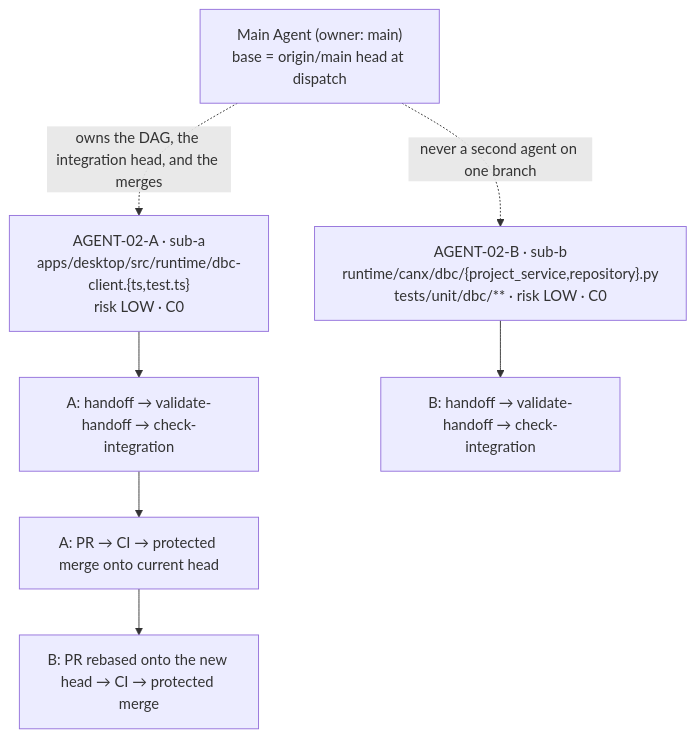
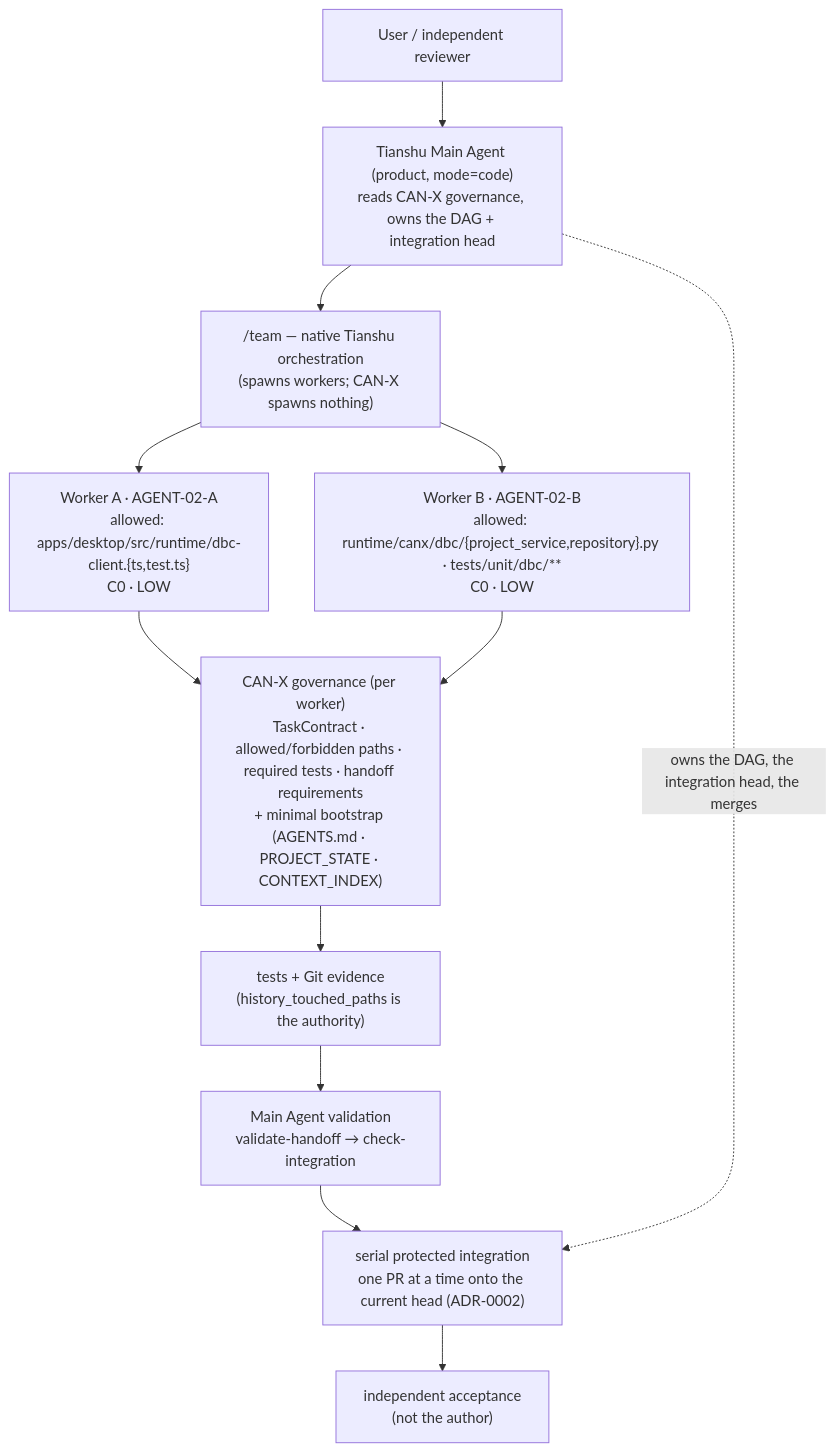
One commit to yjw17694927050-art/CAN-X changed the diagram in docs/engineering/AGENT_02_PILOT_PLAN.md. Above: the diagram before and after it, drawn with Mermaid. The commit also changed other lines of this file and 4 other files, not shown here.

First line of the commit message:
docs(agent): pivot AGENT-02 to native Tianshu harness orchestration

````diff
--- a/docs/engineering/AGENT_02_PILOT_PLAN.md
+++ b/docs/engineering/AGENT_02_PILOT_PLAN.md
@@ -88,12 +109,24 @@
 ```mermaid
 graph TD
-    M["Main Agent (owner: main)<br/>base = origin/main head at dispatch"]
-    A["AGENT-02-A · sub-a<br/>apps/desktop/src/runtime/dbc-client.{ts,test.ts}<br/>risk LOW · C0"]
-    B["AGENT-02-B · sub-b<br/>runtime/canx/dbc/{project_service,repository}.py<br/>tests/unit/dbc/** · risk LOW · C0"]
-    A --> I1["A: handoff → validate-handoff → check-integration"]
-    B --> I2["B: handoff → validate-handoff → check-integration"]
-    I1 --> R1["A: PR → CI → protected merge onto current head"]
-    R1 --> R2["B: PR rebased onto the new head → CI → protected merge"]
-    M -.->|"owns the DAG, the integration head, and the merges"| A
-    M -.->|"never a second agent on one branch"| B
+    U["User / independent reviewer"]
+    M["Tianshu Main Agent (product, mode=code)<br/>reads CAN-X governance, owns the DAG + integration head"]
+    T["/team — native Tianshu orchestration<br/>(spawns workers; CAN-X spawns nothing)"]
+    A["Worker A · AGENT-02-A<br/>allowed: apps/desktop/src/runtime/dbc-client.{ts,test.ts}<br/>C0 · LOW"]
+    B["Worker B · AGENT-02-B<br/>allowed: runtime/canx/dbc/{project_service,repository}.py · tests/unit/dbc/**<br/>C0 · LOW"]
+    G["CAN-X governance (per worker)<br/>TaskContract · allowed/forbidden paths · required tests · handoff requirements<br/>+ minimal bootstrap (AGENTS.md · PROJECT_STATE · CONTEXT_INDEX)"]
+    E["tests + Git evidence<br/>(history_touched_paths is the authority)"]
+    V["Main Agent validation<br/>validate-handoff → check-integration"]
+    I["serial protected integration<br/>one PR at a time onto the current head (ADR-0002)"]
+    R["independent acceptance<br/>(not the author)"]
+
+    U --> M --> T
+    T --> A
+    T --> B
+    A --> G
+    B --> G
+    G --> E
+    E --> V
+    V --> I
+    I --> R
+    M -.->|"owns the DAG, the integration head, the merges"| I
 ```
````
